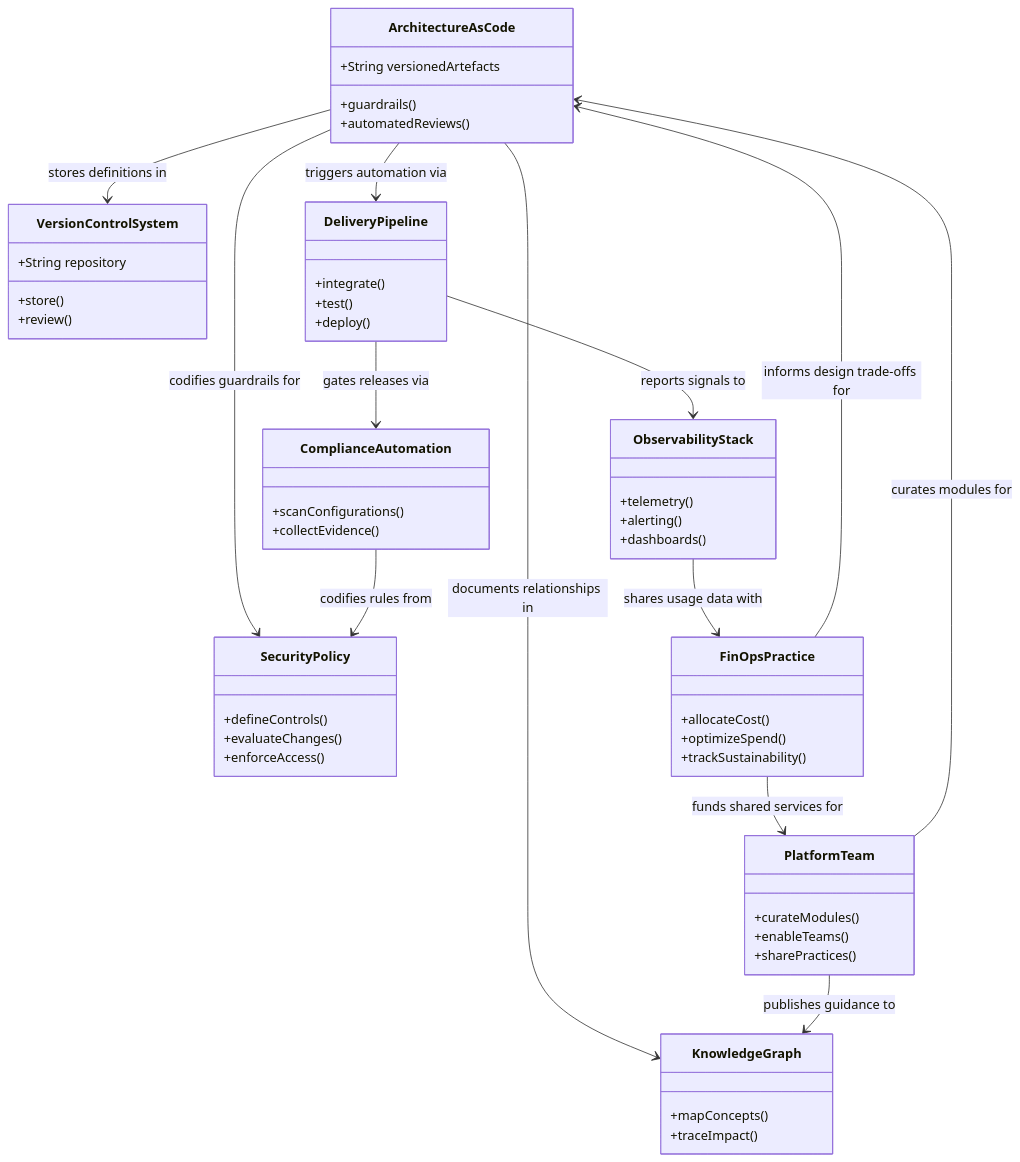
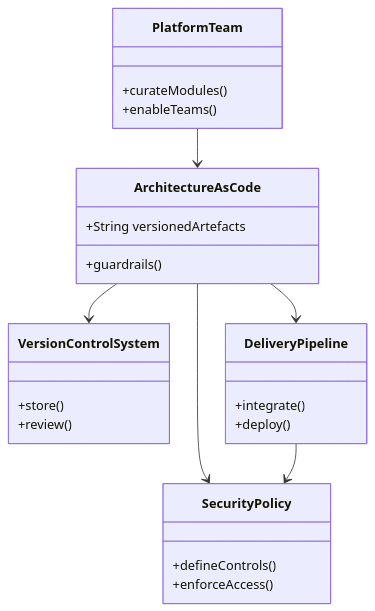
One commit to Geonitab/architecture_as_code changed the diagram in docs/images/diagram_23_glossary_class.mmd. Above: the diagram before and after it, drawn with Mermaid. The commit also changed 11 other files, not shown here.

First line of the commit message:
Simplify overly complex diagrams for better readability

```diff
--- a/docs/images/diagram_23_glossary_class.mmd
+++ b/docs/images/diagram_23_glossary_class.mmd
@@ -1,65 +1,31 @@
 classDiagram
     class ArchitectureAsCode {
         +String versionedArtefacts
         +guardrails()
-        +automatedReviews()
     }
 
     class VersionControlSystem {
-        +String repository
         +store()
         +review()
     }
 
     class DeliveryPipeline {
         +integrate()
-        +test()
         +deploy()
+    }
+
+    class SecurityPolicy {
+        +defineControls()
+        +enforceAccess()
     }
 
     class PlatformTeam {
         +curateModules()
         +enableTeams()
-        +sharePractices()
     }
 
-    class SecurityPolicy {
-        +defineControls()
-        +evaluateChanges()
-        +enforceAccess()
-    }
-
-    class ComplianceAutomation {
-        +scanConfigurations()
-        +collectEvidence()
-    }
-
-    class ObservabilityStack {
-        +telemetry()
-        +alerting()
-        +dashboards()
-    }
-
-    class FinOpsPractice {
-        +allocateCost()
-        +optimizeSpend()
-        +trackSustainability()
-    }
-
-    class KnowledgeGraph {
-        +mapConcepts()
-        +traceImpact()
-    }
-
-    ArchitectureAsCode --> VersionControlSystem : stores definitions in
-    ArchitectureAsCode --> DeliveryPipeline : triggers automation via
-    ArchitectureAsCode --> SecurityPolicy : codifies guardrails for
-    ArchitectureAsCode --> KnowledgeGraph : documents relationships in
-    PlatformTeam --> ArchitectureAsCode : curates modules for
-    PlatformTeam --> KnowledgeGraph : publishes guidance to
-    DeliveryPipeline --> ObservabilityStack : reports signals to
-    DeliveryPipeline --> ComplianceAutomation : gates releases via
-    ComplianceAutomation --> SecurityPolicy : codifies rules from
-    ObservabilityStack --> FinOpsPractice : shares usage data with
-    FinOpsPractice --> PlatformTeam : funds shared services for
-    FinOpsPractice --> ArchitectureAsCode : informs design trade-offs for
+    ArchitectureAsCode --> VersionControlSystem
+    ArchitectureAsCode --> DeliveryPipeline
+    ArchitectureAsCode --> SecurityPolicy
+    PlatformTeam --> ArchitectureAsCode
+    DeliveryPipeline --> SecurityPolicy
```
